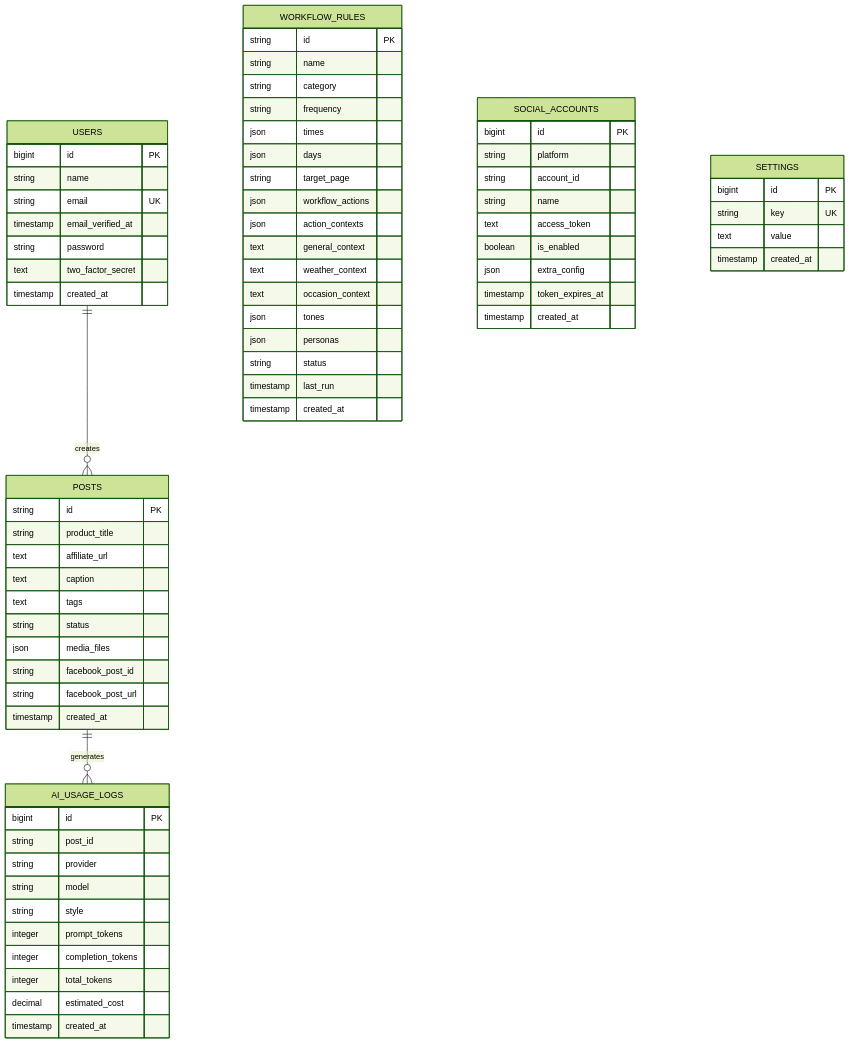
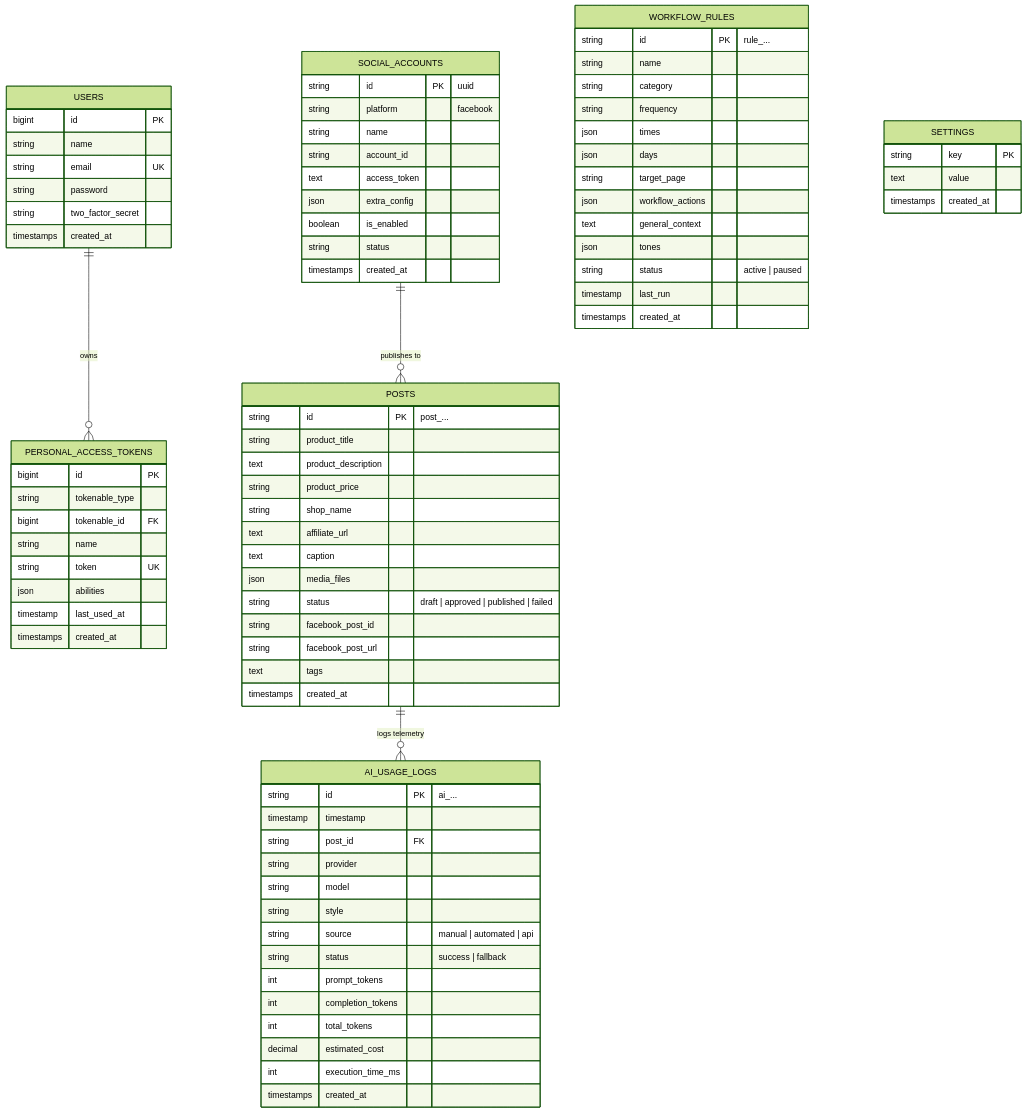
One commit to warr-dev/autoffiliate changed the fourth of 4 diagrams in docs/MASTER_DOCUMENTATION.md. Above: the diagram before and after it, drawn with Mermaid (forest theme). The commit also changed other lines of this file and 12 other files, not shown here.

Commit message:
feat(analytics): add AI usage & cost analytics engine with interactive dashboard and telemetry

````diff
--- a/docs/MASTER_DOCUMENTATION.md
+++ b/docs/MASTER_DOCUMENTATION.md
@@ -313,32 +350,64 @@
 ```mermaid
 erDiagram
-    USERS ||--o{ POSTS : creates
+    USERS ||--o{ PERSONAL_ACCESS_TOKENS : "owns"
+    POSTS ||--o{ AI_USAGE_LOGS : "logs telemetry"
+    SOCIAL_ACCOUNTS ||--o{ POSTS : "publishes to"
+
     USERS {
         bigint id PK
         string name
         string email UK
-        timestamp email_verified_at
         string password
-        text two_factor_secret
-        timestamp created_at
+        string two_factor_secret
+        timestamps created_at
     }
 
-    POSTS ||--o{ AI_USAGE_LOGS : generates
+    PERSONAL_ACCESS_TOKENS {
+        bigint id PK
+        string tokenable_type
+        bigint tokenable_id FK
+        string name
+        string token UK
+        json abilities
+        timestamp last_used_at
+        timestamps created_at
+    }
+
     POSTS {
-        string id PK
+        string id PK "post_..."
         string product_title
+        text product_description
+        string product_price
+        string shop_name
         text affiliate_url
         text caption
-        text tags
-        string status
         json media_files
+        string status "draft | approved | published | failed"
         string facebook_post_id
         string facebook_post_url
-        timestamp created_at
+        text tags
+        timestamps created_at
+    }
+
+    AI_USAGE_LOGS {
+        string id PK "ai_..."
+        timestamp timestamp
+        string post_id FK
+        string provider
+        string model
+        string style
+        string source "manual | automated | api"
+        string status "success | fallback"
+        int prompt_tokens
+        int completion_tokens
+        int total_tokens
+        decimal estimated_cost
+        int execution_time_ms
+        timestamps created_at
     }
 
     WORKFLOW_RULES {
-        string id PK
+        string id PK "rule_..."
         string name
         string category
         string frequency
@@ -346,46 +415,28 @@
         json days
         string target_page
         json workflow_actions
-        json action_contexts
         text general_context
-        text weather_context
-        text occasion_context
         json tones
-        json personas
-        string status
+        string status "active | paused"
         timestamp last_run
-        timestamp created_at
+        timestamps created_at
     }
 
     SOCIAL_ACCOUNTS {
-        bigint id PK
-        string platform
+        string id PK "uuid"
+        string platform "facebook"
+        string name
         string account_id
-        string name
         text access_token
+        json extra_config
         boolean is_enabled
-        json extra_config
-        timestamp token_expires_at
-        timestamp created_at
-    }
-
-    AI_USAGE_LOGS {
-        bigint id PK
-        string post_id
-        string provider
-        string model
-        string style
-        integer prompt_tokens
-        integer completion_tokens
-        integer total_tokens
-        decimal estimated_cost
-        timestamp created_at
+        string status
+        timestamps created_at
     }
 
     SETTINGS {
-        bigint id PK
-        string key UK
+        string key PK
         text value
-        timestamp created_at
+        timestamps created_at
     }
 ```
````
